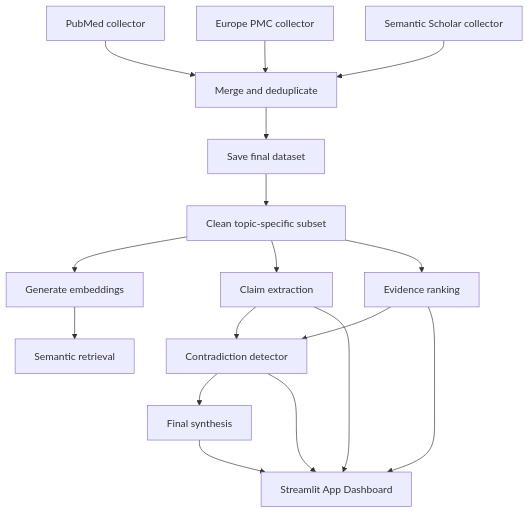
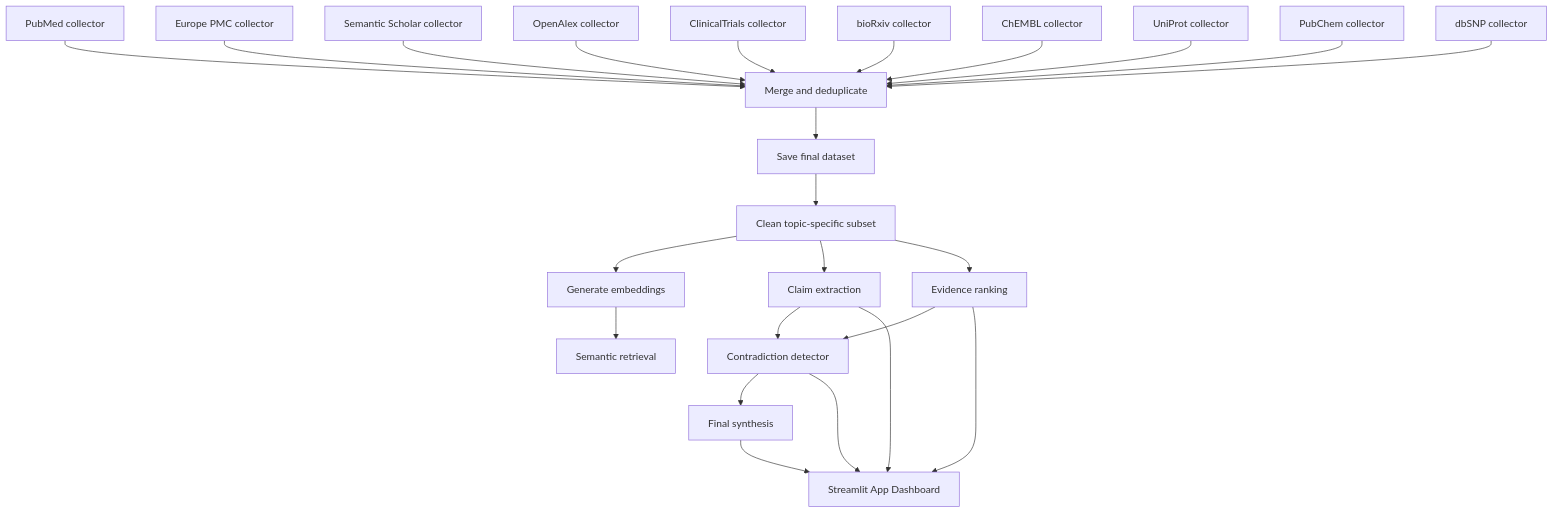
One commit to Diva143V/Griffin changed the diagram in README.md. Above: the diagram before and after it, drawn with Mermaid. The commit also changed other lines of this file and 17 other files, not shown here.

````diff
--- a/README.md
+++ b/README.md
@@ -9,19 +9,26 @@
 ```mermaid
 flowchart TD
-    A[PubMed collector] --> D[Merge and deduplicate]
-    B[Europe PMC collector] --> D
-    C[Semantic Scholar collector] --> D
-    D --> E[Save final dataset]
-    E --> F[Clean topic-specific subset]
-    F --> G[Generate embeddings]
-    G --> H[Semantic retrieval]
-    F --> I[Claim extraction]
-    F --> J[Evidence ranking]
-    I --> K[Contradiction detector]
-    J --> K
-    K --> L[Final synthesis]
-    L --> M[Streamlit App Dashboard]
-    K --> M
-    J --> M
-    I --> M
+    A[PubMed collector] --> K[Merge and deduplicate]
+    B[Europe PMC collector] --> K
+    C[Semantic Scholar collector] --> K
+    D[OpenAlex collector] --> K
+    E[ClinicalTrials collector] --> K
+    F[bioRxiv collector] --> K
+    G[ChEMBL collector] --> K
+    H[UniProt collector] --> K
+    I[PubChem collector] --> K
+    J[dbSNP collector] --> K
+    K --> L[Save final dataset]
+    L --> M[Clean topic-specific subset]
+    M --> N[Generate embeddings]
+    N --> O[Semantic retrieval]
+    M --> P[Claim extraction]
+    M --> Q[Evidence ranking]
+    P --> R[Contradiction detector]
+    Q --> R
+    R --> S[Final synthesis]
+    S --> T[Streamlit App Dashboard]
+    R --> T
+    Q --> T
+    P --> T
 ```
````
